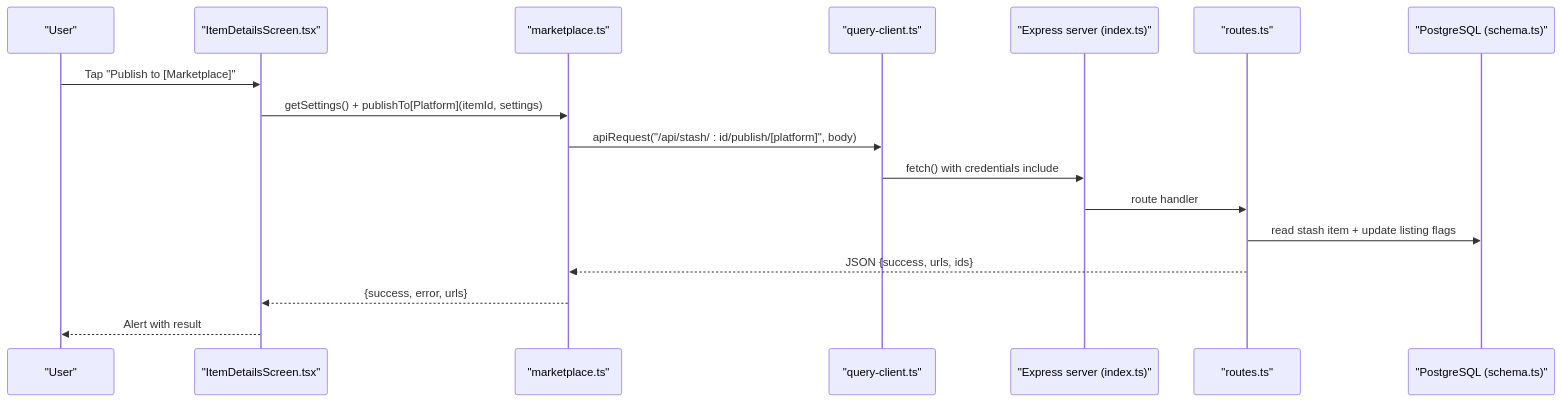
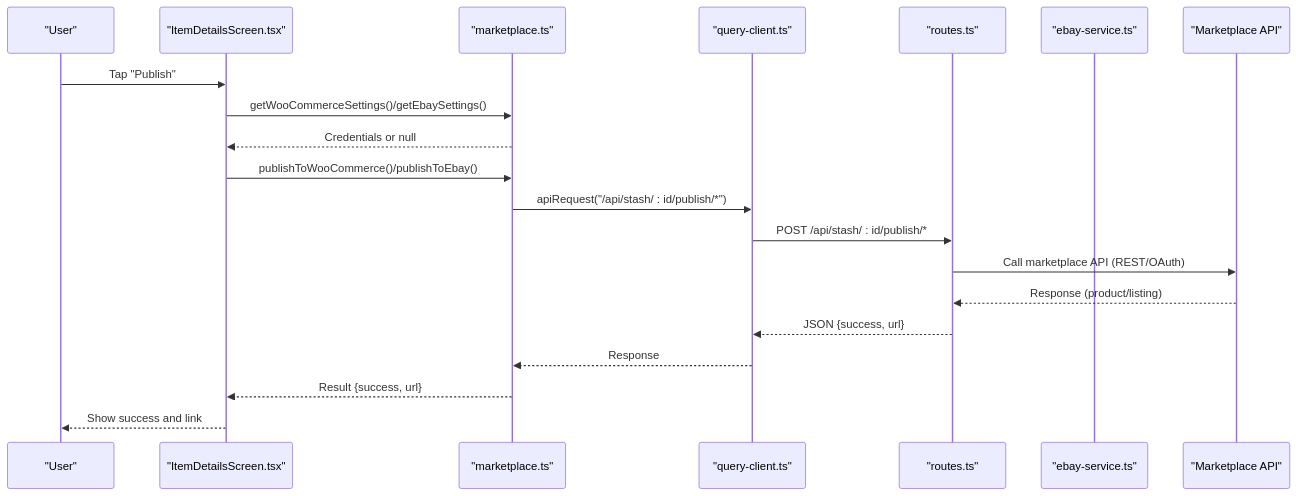
One commit to hunglevi87/Hidden-Gem changed the second of 6 diagrams in .qoder/repowiki/en/content/Marketplace Integration/Marketplace Integration.md. Above: the diagram before and after it, drawn with Mermaid. The commit also changed other lines of this file and 99 other files, not shown here.

````diff
--- a/.qoder/repowiki/en/content/Marketplace Integration/Marketplace Integration.md
+++ b/.qoder/repowiki/en/content/Marketplace Integration/Marketplace Integration.md
@@ -101,19 +119,22 @@
 ```mermaid
 sequenceDiagram
-participant User as "User"
+participant U as "User"
 participant UI as "ItemDetailsScreen.tsx"
-participant Client as "marketplace.ts"
-participant API as "query-client.ts"
-participant Server as "Express server (index.ts)"
-participant Routes as "routes.ts"
-participant DB as "PostgreSQL (schema.ts)"
-User->>UI : Tap "Publish to [Marketplace]"
-UI->>Client : getSettings() + publishTo[Platform](itemId, settings)
-Client->>API : apiRequest("/api/stash/ : id/publish/[platform]", body)
-API->>Server : fetch() with credentials include
-Server->>Routes : route handler
-Routes->>DB : read stash item + update listing flags
-Routes-->>Client : JSON {success, urls, ids}
-Client-->>UI : {success, error, urls}
-UI-->>User : Alert with result
+participant CL as "marketplace.ts"
+participant QC as "query-client.ts"
+participant SV as "routes.ts"
+participant EB as "ebay-service.ts"
+participant MKT as "Marketplace API"
+U->>UI : Tap "Publish"
+UI->>CL : getWooCommerceSettings()/getEbaySettings()
+CL-->>UI : Credentials or null
+UI->>CL : publishToWooCommerce()/publishToEbay()
+CL->>QC : apiRequest("/api/stash/ : id/publish/*")
+QC->>SV : POST /api/stash/ : id/publish/*
+SV->>MKT : Call marketplace API (REST/OAuth)
+MKT-->>SV : Response (product/listing)
+SV-->>QC : JSON {success, url}
+QC-->>CL : Response
+CL-->>UI : Result {success, url}
+UI-->>U : Show success and link
 ```
````
